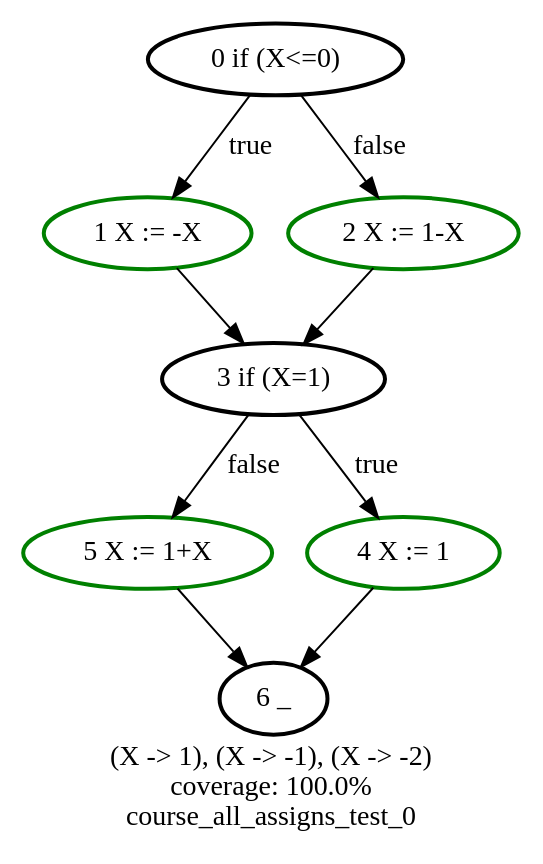
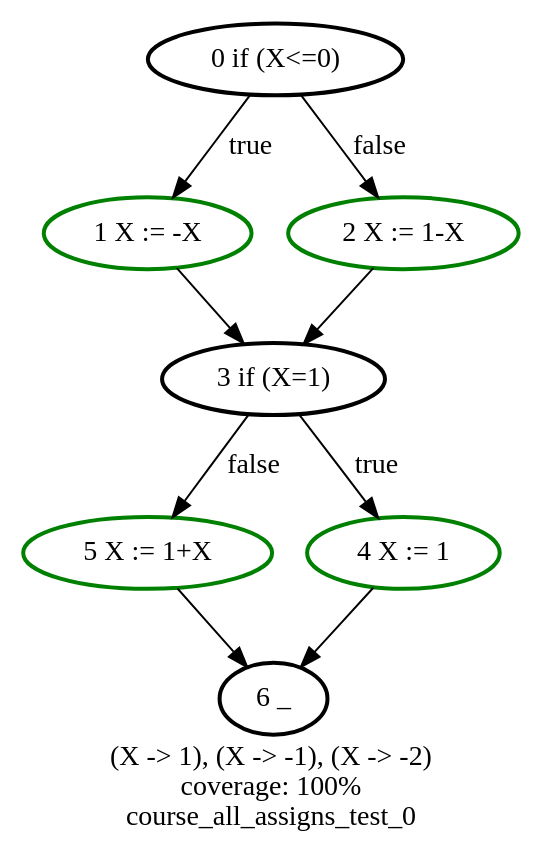
One commit to ghigi123/ivf changed the diagram in graphs/course_all_assigns_test_0.dot. Above: the diagram before and after it, drawn with Graphviz. The commit also changed 30 other files, not shown here.

```diff
--- a/graphs/course_all_assigns_test_0.dot
+++ b/graphs/course_all_assigns_test_0.dot
@@ -1,20 +1,20 @@
 digraph course_all_assigns_test_0 {
 	label = "(X -> 1), (X -> -1), (X -> -2)
-coverage: 100.0%
+coverage: 100%
 course_all_assigns_test_0"
 	"5 X := 1+X" [color = green, style = bold]
 	"1 X := -X" -> "3 if (X=1)"
 	"2 X := 1-X" -> "3 if (X=1)"
 	"4 X := 1" -> "6 _"
 	"1 X := -X" [color = green, style = bold]
 	"4 X := 1" [color = green, style = bold]
 	"3 if (X=1)" [style = bold]
 	"6 _" [style = bold]
 	"3 if (X=1)" -> "5 X := 1+X" [label = false]
 	"0 if (X<=0)" -> "1 X := -X" [label = true]
 	"2 X := 1-X" [color = green, style = bold]
 	"5 X := 1+X" -> "6 _"
 	"0 if (X<=0)" [style = bold]
 	"0 if (X<=0)" -> "2 X := 1-X" [label = false]
 	"3 if (X=1)" -> "4 X := 1" [label = true]
 }
```
